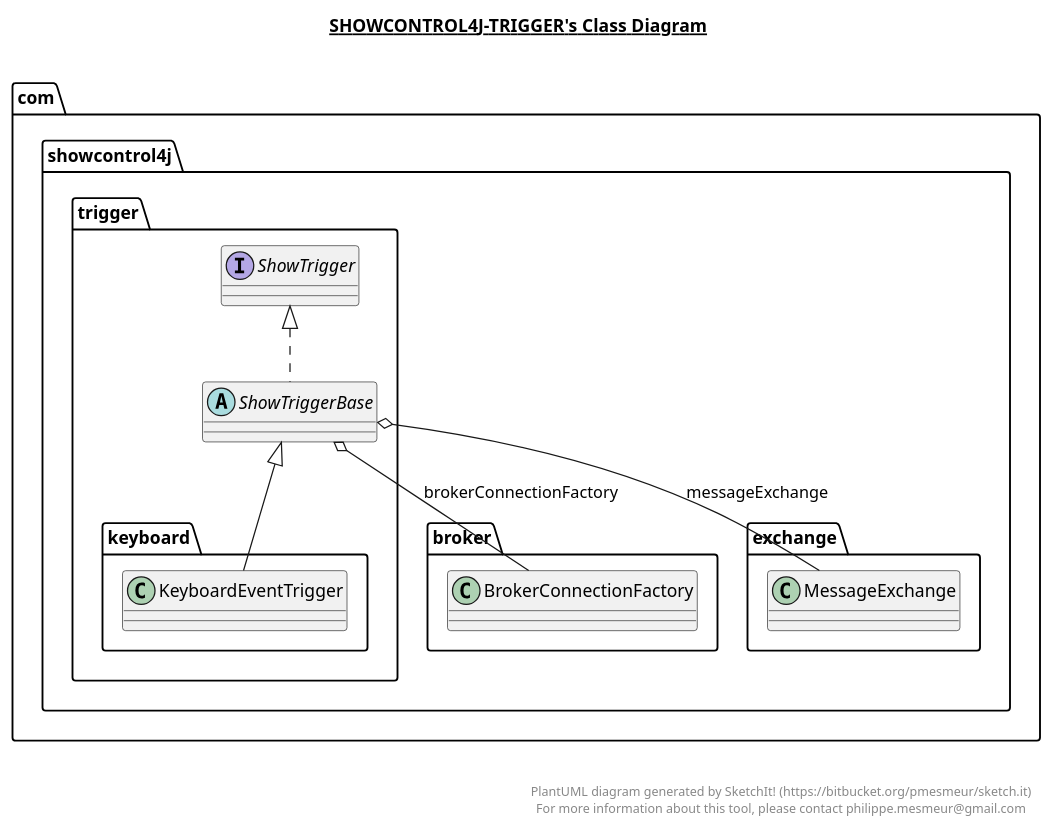
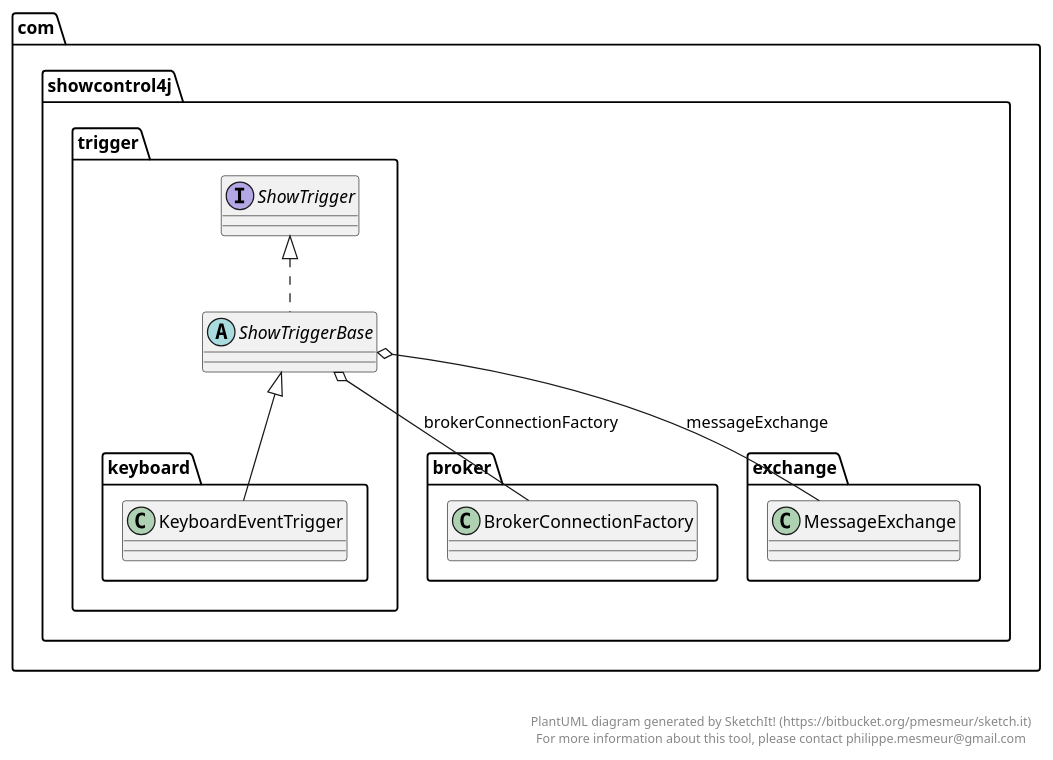
The diagram in showcontrol4j-trigger/showcontrol4j-trigger.plantuml (JamesHare/ShowControl4J), drawn with PlantUML before and after one commit. The commit also changed 5 other files, not shown here.

```diff
--- a/showcontrol4j-trigger/showcontrol4j-trigger.plantuml
+++ b/showcontrol4j-trigger/showcontrol4j-trigger.plantuml
@@ -1,38 +1,36 @@
 @startuml
-
-title __SHOWCONTROL4J-TRIGGER's Class Diagram__\n
 
   namespace com.showcontrol4j.trigger {
     interface com.showcontrol4j.trigger.ShowTrigger {
     }
   }
   
 
   namespace com.showcontrol4j.trigger {
     abstract class com.showcontrol4j.trigger.ShowTriggerBase {
     }
   }
   
 
   namespace com.showcontrol4j.trigger {
     namespace keyboard {
       class com.showcontrol4j.trigger.keyboard.KeyboardEventTrigger {
       }
     }
   }
   
 
   com.showcontrol4j.trigger.ShowTriggerBase .up.|> com.showcontrol4j.trigger.ShowTrigger
   com.showcontrol4j.trigger.ShowTriggerBase o-- com.showcontrol4j.broker.BrokerConnectionFactory : brokerConnectionFactory
   com.showcontrol4j.trigger.ShowTriggerBase o-- com.showcontrol4j.exchange.MessageExchange : messageExchange
   com.showcontrol4j.trigger.keyboard.KeyboardEventTrigger -up-|> com.showcontrol4j.trigger.ShowTriggerBase
 
 
 right footer
 
 
 PlantUML diagram generated by SketchIt! (https://bitbucket.org/pmesmeur/sketch.it)
 For more information about this tool, please contact philippe.mesmeur@gmail.com
 endfooter
 
 @enduml
```
